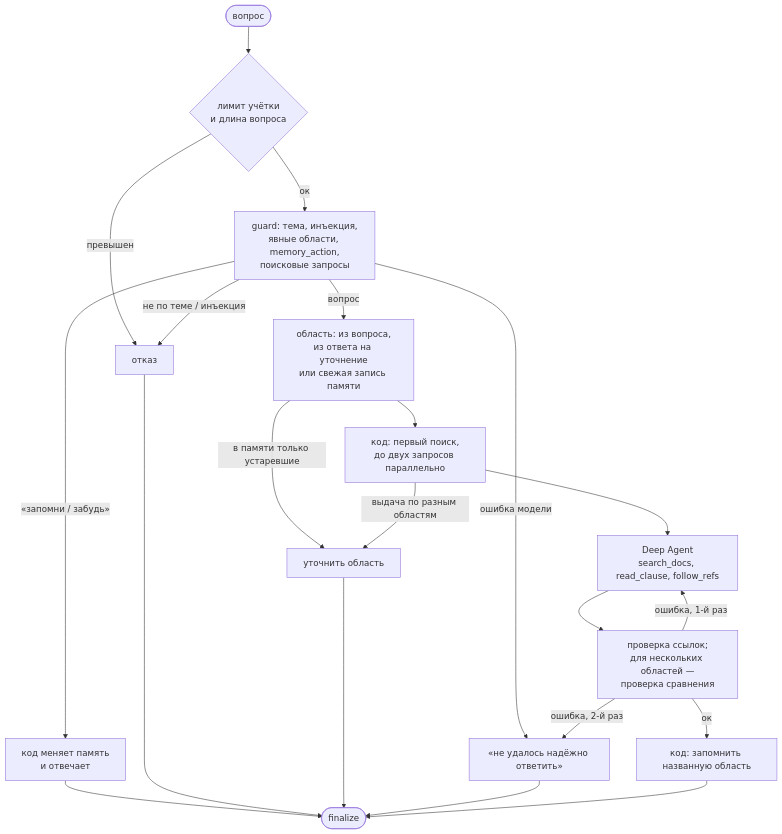
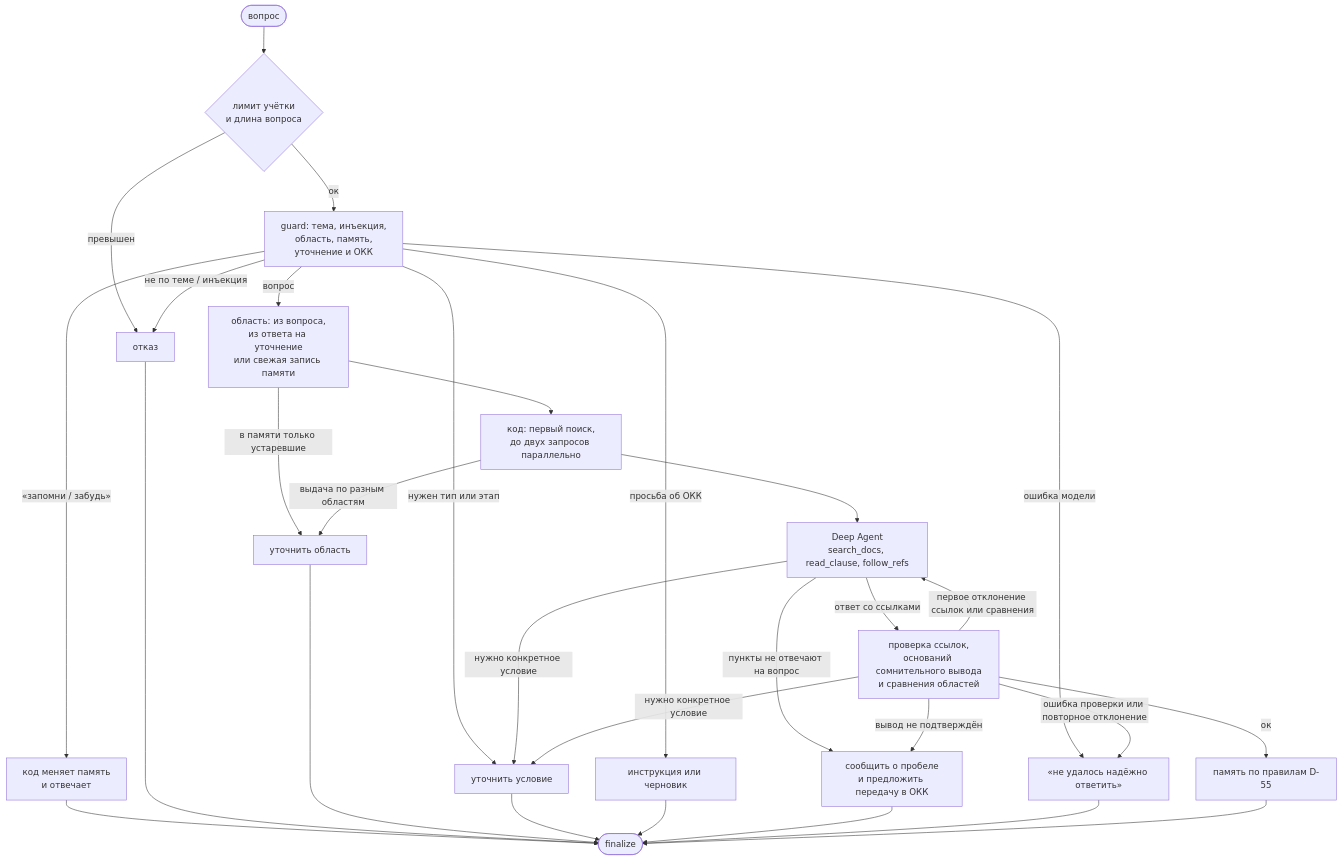
Before and after one commit to Long-Honey-Road/document-searching: the diagram in dev_docs/04-backend-agent.md, drawn with Mermaid. The commit also changed other lines of this file and 4 other files, not shown here.

````diff
--- a/dev_docs/04-backend-agent.md
+++ b/dev_docs/04-backend-agent.md
@@ -19,19 +19,25 @@
 ```mermaid
 flowchart TB
   start([вопрос]) --> limit{лимит учётки<br/>и длина вопроса}
   limit -- превышен --> refuse[отказ]
-  limit -- ок --> guard[guard: тема, инъекция,<br/>явные области, memory_action,<br/>поисковые запросы]
+  limit -- ок --> guard[guard: тема, инъекция,<br/>область, память,<br/>уточнение и ОКК]
   guard -- ошибка модели --> fallback
   guard -- не по теме / инъекция --> refuse
   guard -- «запомни / забудь» --> memact[код меняет память<br/>и отвечает] --> done
+  guard -- нужен тип или этап --> detail[уточнить условие]
+  guard -- просьба об ОКК --> qchelp[инструкция или черновик]
   guard -- вопрос --> area[область: из вопроса,<br/>из ответа на уточнение<br/>или свежая запись памяти]
   area -- в памяти только устаревшие --> ask[уточнить область]
   area --> first[код: первый поиск,<br/>до двух запросов параллельно]
   first -- выдача по разным областям --> ask
   first --> deep[Deep Agent<br/>search_docs, read_clause, follow_refs]
-  deep --> verify[проверка ссылок;<br/>для нескольких областей —<br/>проверка сравнения]
-  verify -- ок --> post[код: запомнить названную область]
-  verify -- ошибка, 1-й раз --> deep
-  verify -- ошибка, 2-й раз --> fallback[«не удалось надёжно ответить»]
-  refuse & ask & fallback & post --> done([finalize])
+  deep -- нужно конкретное условие --> detail
+  deep -- пункты не отвечают на вопрос --> noanswer[сообщить о пробеле<br/>и предложить передачу в ОКК]
+  deep -- ответ со ссылками --> verify[проверка ссылок,<br/>оснований сомнительного вывода<br/>и сравнения областей]
+  verify -- вывод не подтверждён --> noanswer
+  verify -- нужно конкретное условие --> detail
+  verify -- ок --> post[память по правилам D-55]
+  verify -- первое отклонение ссылок или сравнения --> deep
+  verify -- ошибка проверки или повторное отклонение --> fallback[«не удалось надёжно ответить»]
+  refuse & ask & detail & qchelp & noanswer & fallback & post --> done([finalize])
 ```
````
